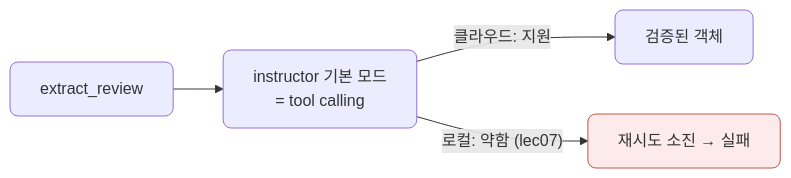
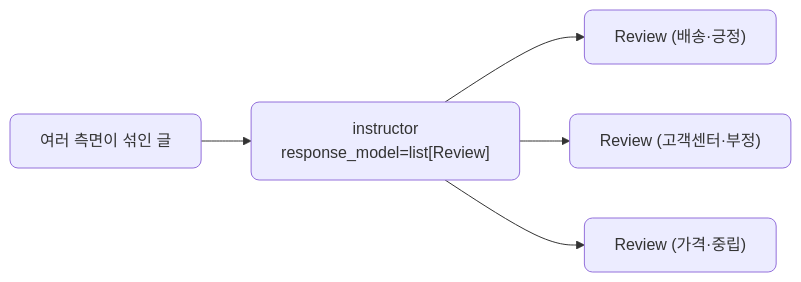
The third of 4 diagrams in docs/section1/lec09/README.md (CodeCompose7/ai_service_engineering), drawn with Mermaid before and after one commit. The commit also changed other lines of this file and 1 other file, not shown here.

First line of the commit message:
lec09: lec07·lec08 겹침을 줄이고 list[Review] 다중 추출을 추가

````diff
--- a/docs/section1/lec09/README.md
+++ b/docs/section1/lec09/README.md
@@ -102,9 +101,8 @@
 ```mermaid
 flowchart LR
-  EX["extract_review"] --> C["instructor 기본 모드<br/>= tool calling"]
-  C -->|"클라우드: 지원"| OK["검증된 객체"]
-  C -->|"로컬: 약함 (lec07)"| FAIL["재시도 소진 → 실패"]
+  T["여러 측면이 섞인 글"] --> I["instructor<br/>response_model=list[Review]"]
+  I --> R1["Review (배송·긍정)"]
+  I --> R2["Review (고객센터·부정)"]
+  I --> R3["Review (가격·중립)"]
   classDef default rx:8,ry:8;
-  classDef warn fill:#fdeaea,stroke:#c0564a;
-  class FAIL warn;
 ```
````
